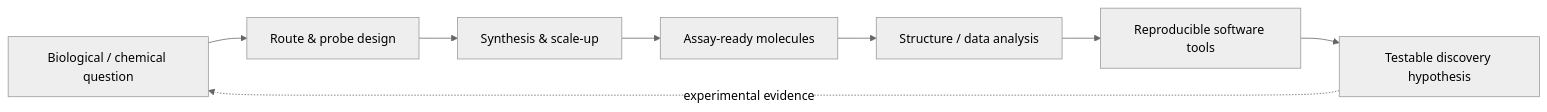
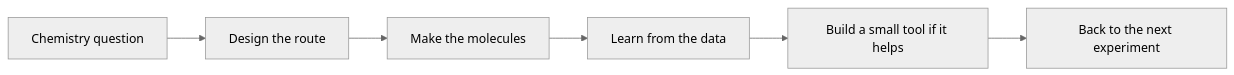
The diagram in README.md (sameer24688-jpg/sameer24688-jpg), drawn with Mermaid (neutral theme) before and after one commit. The commit also changed other lines of this file and 2 other files, not shown here.

````diff
--- a/README.md
+++ b/README.md
@@ -108,10 +102,8 @@
 ```mermaid
 flowchart LR
-    A[Biological / chemical question] --> B[Route & probe design]
-    B --> C[Synthesis & scale-up]
-    C --> D[Assay-ready molecules]
-    D --> E[Structure / data analysis]
-    E --> F[Reproducible software tools]
-    F --> G[Testable discovery hypothesis]
-    G -. experimental evidence .-> A
+    A[Chemistry question] --> B[Design the route]
+    B --> C[Make the molecules]
+    C --> D[Learn from the data]
+    D --> E[Build a small tool if it helps]
+    E --> F[Back to the next experiment]
 ```
````
